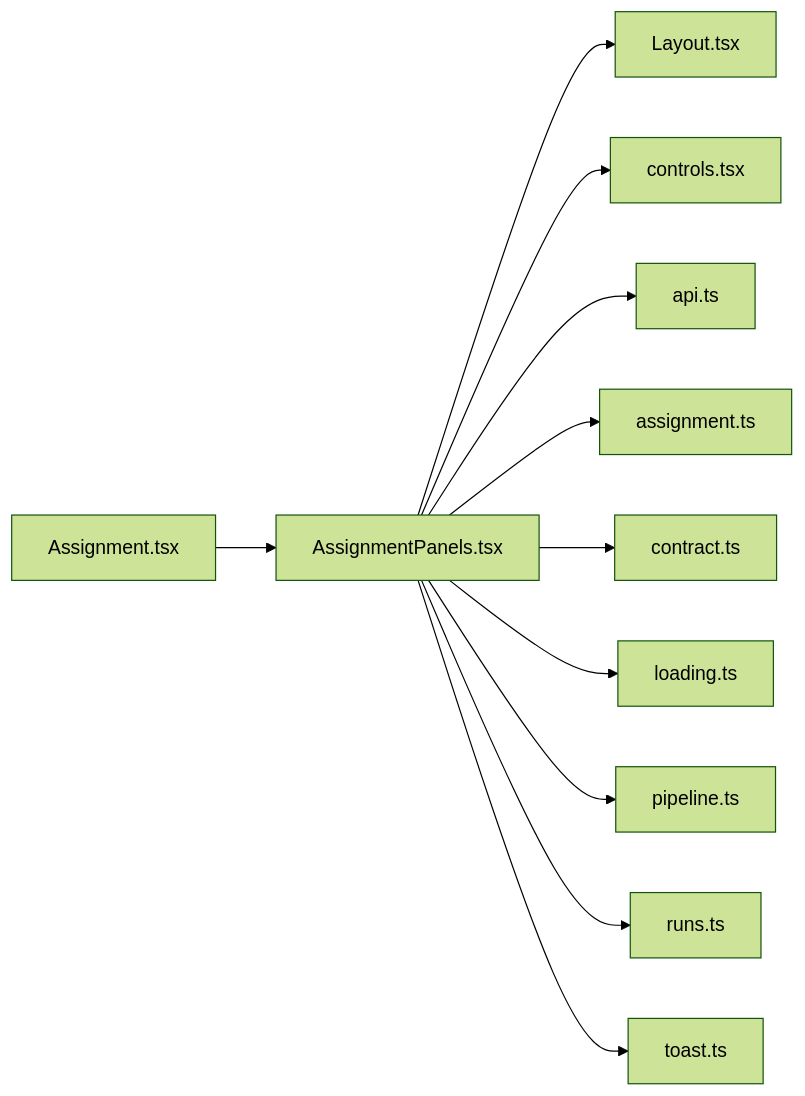
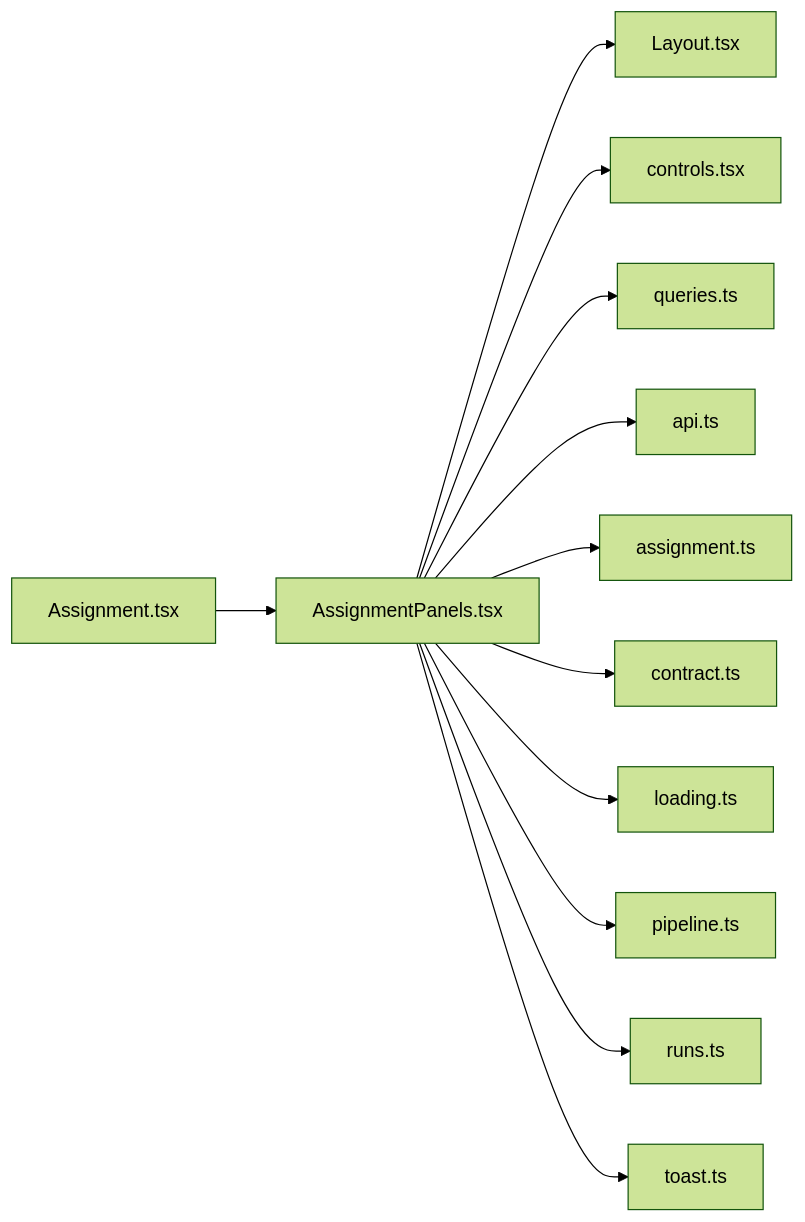
One commit to minkong-dev/Banblit changed the diagram in .cluedoc/graph/frontend/src/routes/AssignmentPanels.md. Above: the diagram before and after it, drawn with Mermaid (forest theme). The commit also changed other lines of this file and 40 other files, not shown here.

````diff
--- a/.cluedoc/graph/frontend/src/routes/AssignmentPanels.md
+++ b/.cluedoc/graph/frontend/src/routes/AssignmentPanels.md
@@ -10,14 +10,15 @@
 ```mermaid
 flowchart LR
   frontend_src_routes_AssignmentPanels["AssignmentPanels.tsx"]
   frontend_src_routes_AssignmentPanels --> frontend_src_components_Layout["Layout.tsx"]
   frontend_src_routes_AssignmentPanels --> frontend_src_components_controls["controls.tsx"]
+  frontend_src_routes_AssignmentPanels --> frontend_src_components_queries["queries.ts"]
   frontend_src_routes_AssignmentPanels --> frontend_src_lib_api["api.ts"]
   frontend_src_routes_AssignmentPanels --> frontend_src_lib_assignment["assignment.ts"]
   frontend_src_routes_AssignmentPanels --> frontend_src_lib_contract["contract.ts"]
   frontend_src_routes_AssignmentPanels --> frontend_src_lib_loading["loading.ts"]
   frontend_src_routes_AssignmentPanels --> frontend_src_lib_pipeline["pipeline.ts"]
   frontend_src_routes_AssignmentPanels --> frontend_src_lib_runs["runs.ts"]
   frontend_src_routes_AssignmentPanels --> frontend_src_lib_toast["toast.ts"]
   frontend_src_routes_Assignment["Assignment.tsx"] --> frontend_src_routes_AssignmentPanels
 ```
````
